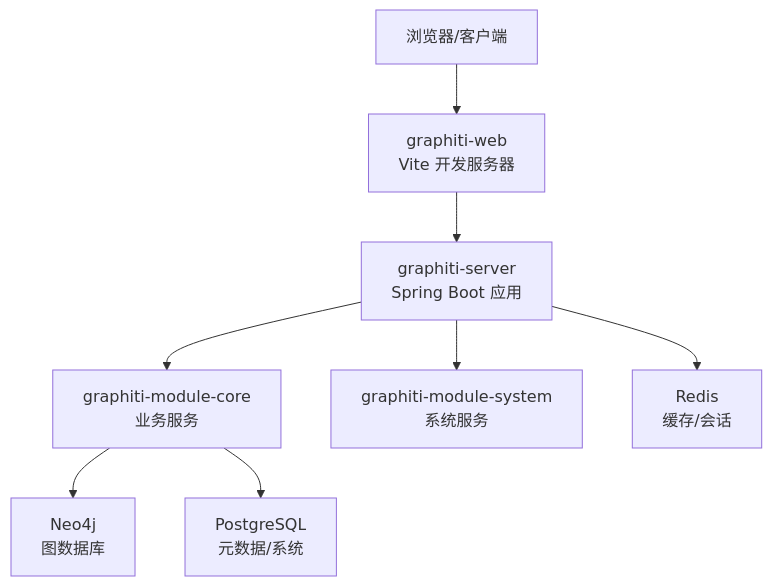
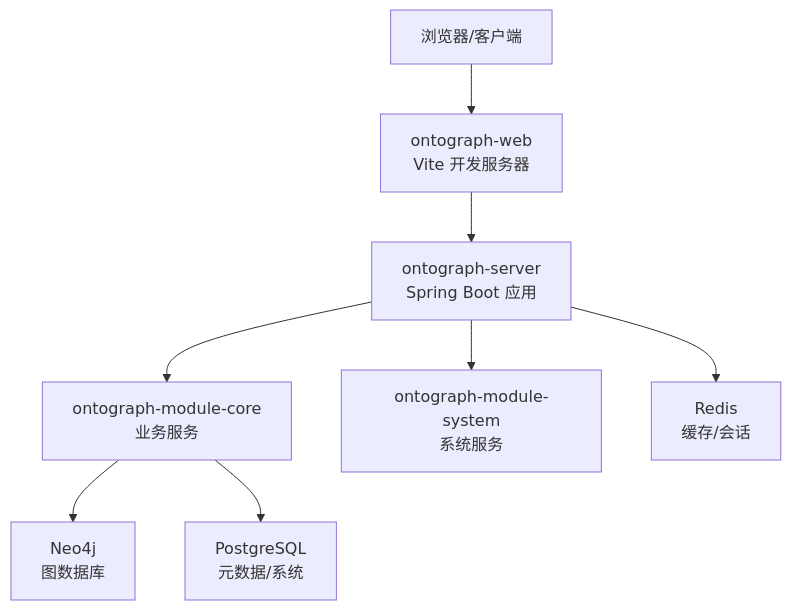
Before and after one commit to joezxh/graphiti-java: the second of 5 diagrams in docs/manual/开发指南/开发工具与配置.md, drawn with Mermaid. The commit also changed other lines of this file and 200 other files, not shown here.

````diff
--- a/docs/manual/开发指南/开发工具与配置.md
+++ b/docs/manual/开发指南/开发工具与配置.md
@@ -105,10 +105,10 @@
 ```mermaid
 graph TB
-A["浏览器/客户端"] --> B["graphiti-web<br/>Vite 开发服务器"]
-B --> C["graphiti-server<br/>Spring Boot 应用"]
-C --> D["graphiti-module-core<br/>业务服务"]
-C --> E["graphiti-module-system<br/>系统服务"]
+A["浏览器/客户端"] --> B["ontograph-web<br/>Vite 开发服务器"]
+B --> C["ontograph-server<br/>Spring Boot 应用"]
+C --> D["ontograph-module-core<br/>业务服务"]
+C --> E["ontograph-module-system<br/>系统服务"]
 D --> F["Neo4j<br/>图数据库"]
 D --> G["PostgreSQL<br/>元数据/系统"]
 C --> H["Redis<br/>缓存/会话"]
 ```
````
